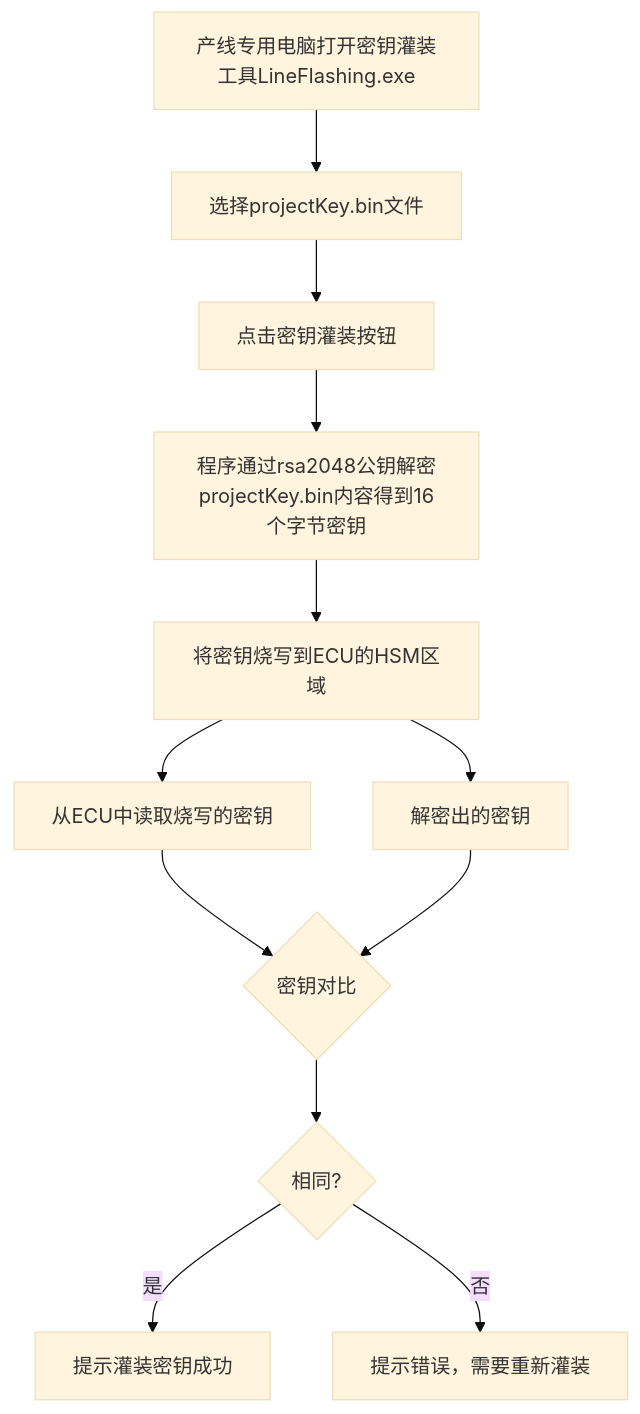
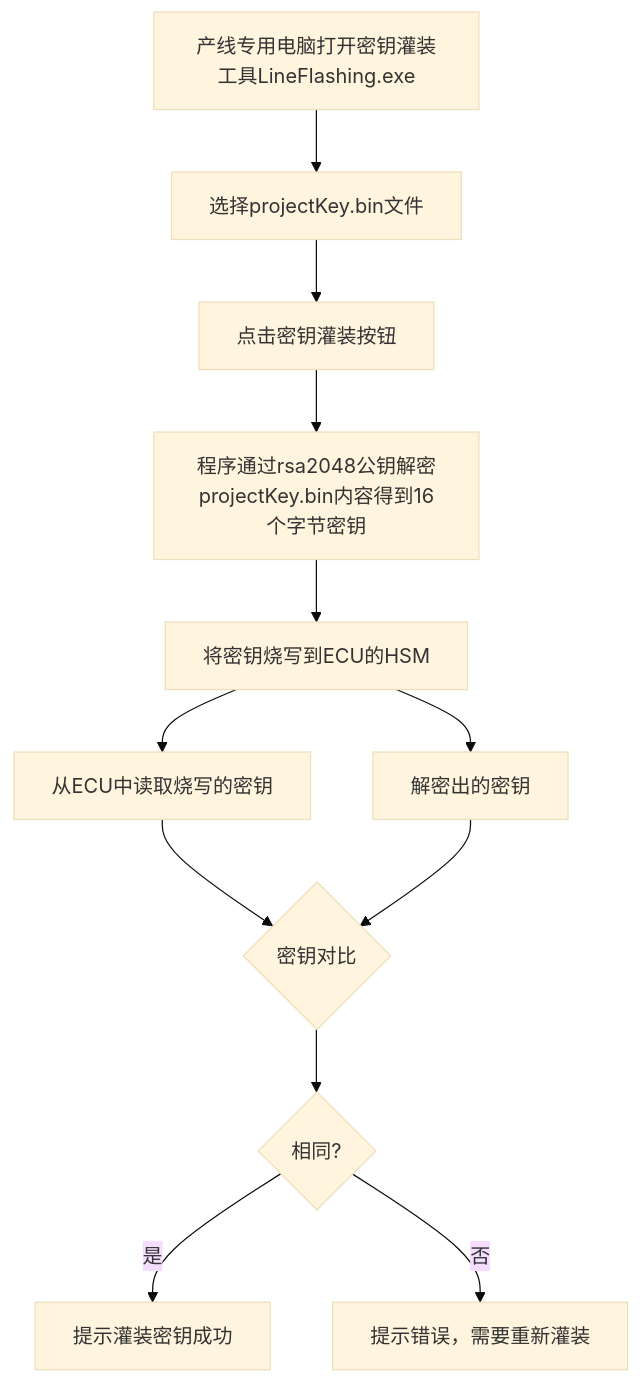
One commit to facebook-cloud/iodraw-files changed the diagram in all/未命名-5.md. Above: the diagram before and after it, drawn with Mermaid (base theme).

Commit message:
2026-01-05 17:29:59 update

````diff
--- a/all/未命名-5.md
+++ b/all/未命名-5.md
@@ -1,15 +1,15 @@
 ```mermaid
 graph TD
     A[产线专用电脑打开密钥灌装工具LineFlashing.exe] --> B[选择projectKey.bin文件]
     B --> C[点击密钥灌装按钮]
     C --> E[程序通过rsa2048公钥解密projectKey.bin内容得到16个字节密钥]
-    E --> F[将密钥烧写到ECU的HSM区域]
+    E --> F[将密钥烧写到ECU的HSM]
     F --> G[从ECU中读取烧写的密钥]
     F --> H[解密出的密钥]
     G --> I{密钥对比}
     H --> I
     I --> J{相同?}
     J -- 是 --> K[提示灌装密钥成功]
     J -- 否 --> L[提示错误，需要重新灌装]
 
 ```
````
